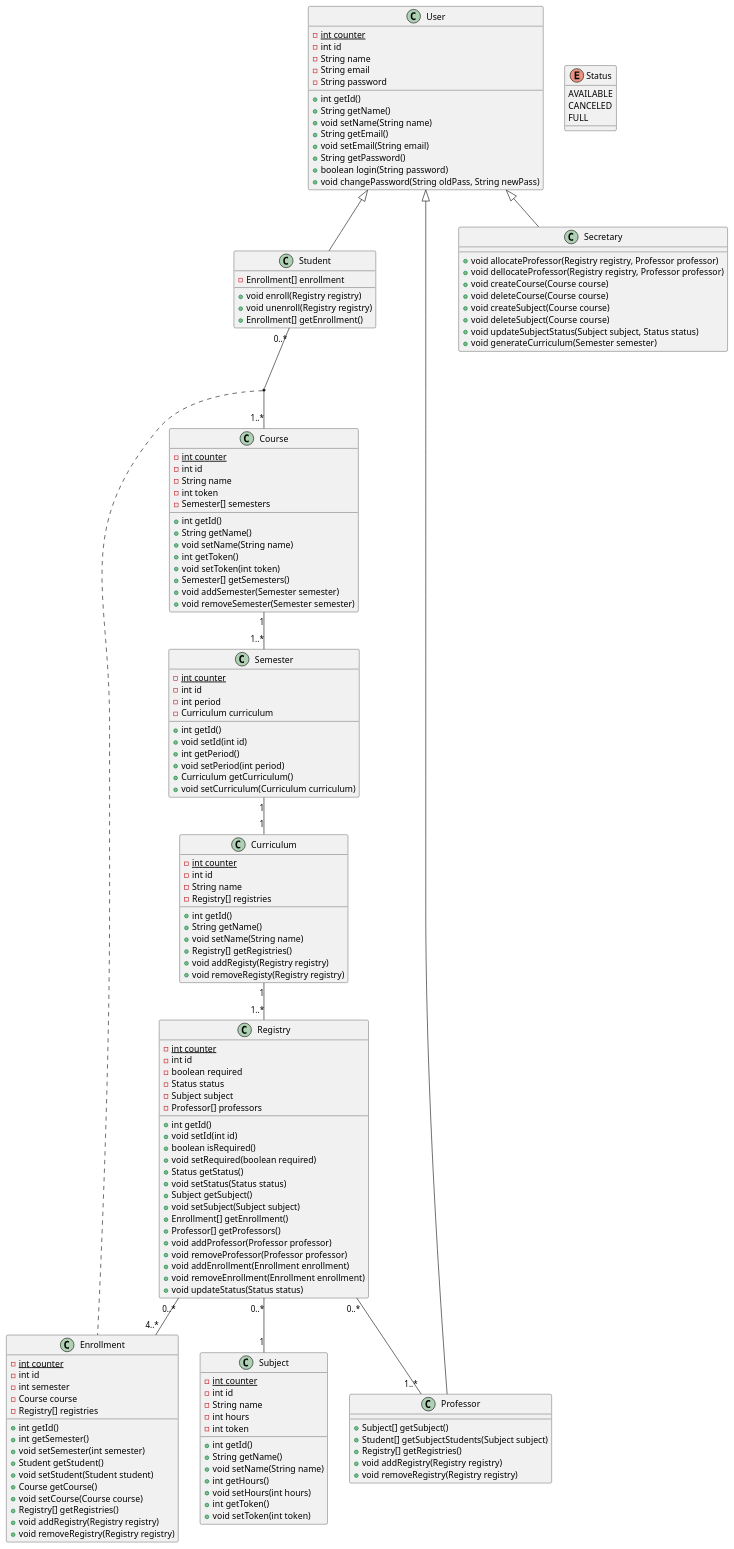
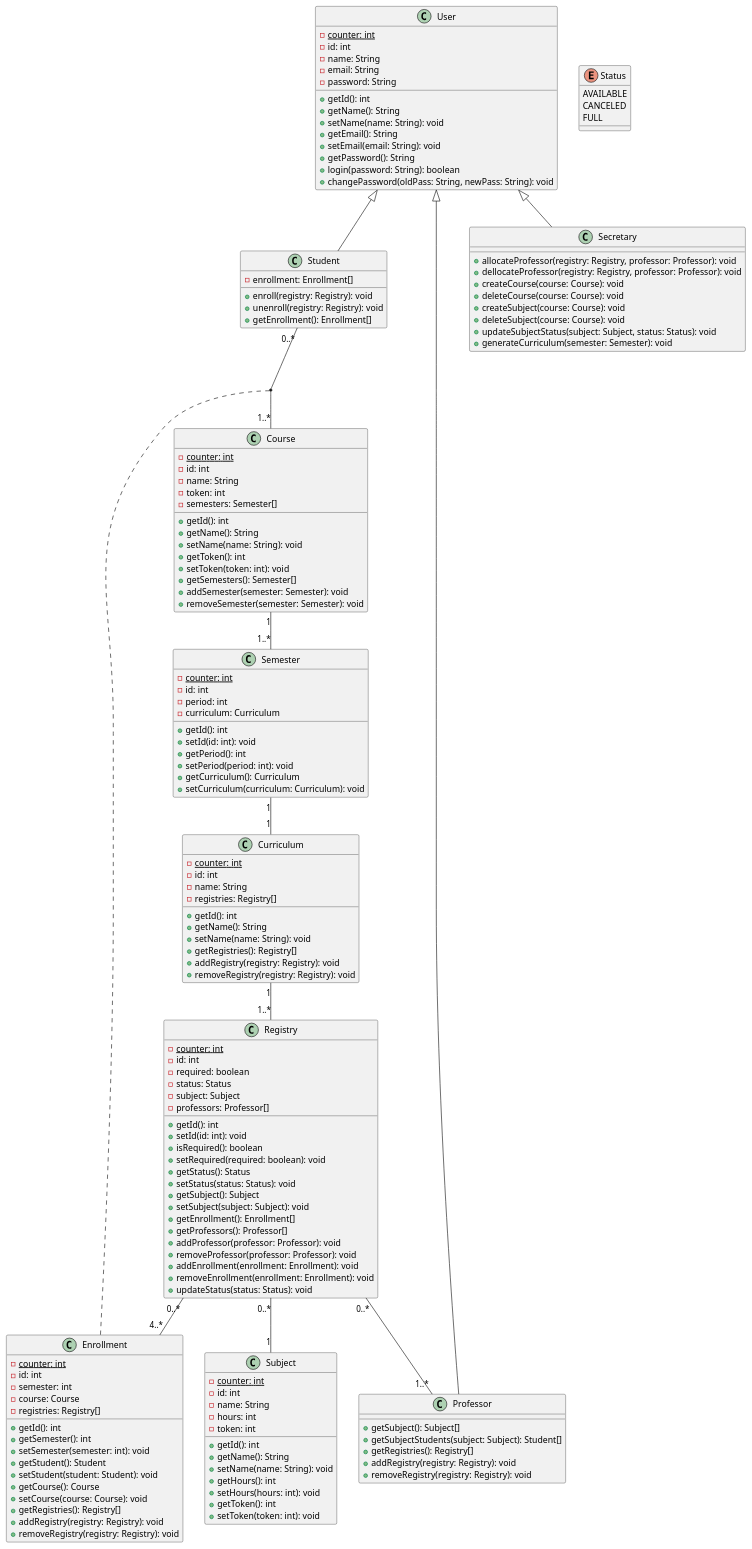
The diagram in projeto 1/project/classDiagram.plantuml (migueltico2/laboratorio-de-desenvolvimento-de-software), drawn with PlantUML before and after one commit. The commit also changed 9 other files, not shown here.

```diff
--- a/projeto 1/project/classDiagram.plantuml
+++ b/projeto 1/project/classDiagram.plantuml
@@ -1,154 +1,154 @@
 @startuml
 
 class User {
-    -{static} int counter
-    -int id
-    -String name
-    -String email
-    -String password
-    +int getId()
-    +String getName()
-    +void setName(String name)
-    +String getEmail()
-    +void setEmail(String email)
-    +String getPassword()
-    +boolean login(String password)
-    +void changePassword(String oldPass, String newPass)
+    -{static} counter: int
+    -id: int
+    -name: String
+    -email: String
+    -password: String
+    +getId(): int
+    +getName(): String
+    +setName(name: String): void
+    +getEmail(): String
+    +setEmail(email: String): void
+    +getPassword(): String
+    +login(password: String): boolean
+    +changePassword(oldPass: String, newPass: String): void
 }
 class Student {
-    -Enrollment[] enrollment
-    +void enroll(Registry registry)
-    +void unenroll(Registry registry)
-    +Enrollment[] getEnrollment()
+    -enrollment: Enrollment[]
+    +enroll(registry: Registry): void
+    +unenroll(registry: Registry): void
+    +getEnrollment(): Enrollment[]
 }
 class Professor {
-    +Subject[] getSubject()
-    +Student[] getSubjectStudents(Subject subject)
-    +Registry[] getRegistries()
-    +void addRegistry(Registry registry)
-    +void removeRegistry(Registry registry)
+    +getSubject(): Subject[]
+    +getSubjectStudents(subject: Subject): Student[]
+    +getRegistries(): Registry[]
+    +addRegistry(registry: Registry): void
+    +removeRegistry(registry: Registry): void
 }
 class Secretary {
-    +void allocateProfessor(Registry registry, Professor professor)
-    +void dellocateProfessor(Registry registry, Professor professor)
-    +void createCourse(Course course)
-    +void deleteCourse(Course course)
-    +void createSubject(Course course)
-    +void deleteSubject(Course course)
-    +void updateSubjectStatus(Subject subject, Status status)
-    +void generateCurriculum(Semester semester)
+    +allocateProfessor(registry: Registry, professor: Professor): void
+    +dellocateProfessor(registry: Registry, professor: Professor): void
+    +createCourse(course: Course): void
+    +deleteCourse(course: Course): void
+    +createSubject(course: Course): void
+    +deleteSubject(course: Course): void
+    +updateSubjectStatus(subject: Subject, status: Status): void
+    +generateCurriculum(semester: Semester): void
 }
 class Enrollment {
-    -{static} int counter
-    -int id
-    -int semester
-    -Course course
-    -Registry[] registries
-    +int getId()
-    +int getSemester()
-    +void setSemester(int semester)
-    +Student getStudent()
-    +void setStudent(Student student)
-    +Course getCourse()
-    +void setCourse(Course course)
-    +Registry[] getRegistries()
-    +void addRegistry(Registry registry)
-    +void removeRegistry(Registry registry)
+    -{static} counter: int
+    -id: int
+    -semester: int
+    -course: Course
+    -registries: Registry[]
+    +getId(): int
+    +getSemester(): int
+    +setSemester(semester: int): void
+    +getStudent(): Student
+    +setStudent(student: Student): void
+    +getCourse(): Course
+    +setCourse(course: Course): void
+    +getRegistries(): Registry[]
+    +addRegistry(registry: Registry): void
+    +removeRegistry(registry: Registry): void
 }
 class Course {
-    -{static} int counter
-    -int id
-    -String name
-    -int token
-    -Semester[] semesters
-    +int getId()
-    +String getName()
-    +void setName(String name)
-    +int getToken()
-    +void setToken(int token)
-    +Semester[] getSemesters()
-    +void addSemester(Semester semester)
-    +void removeSemester(Semester semester)
+    -{static} counter: int
+    -id: int
+    -name: String
+    -token: int
+    -semesters: Semester[]
+    +getId(): int
+    +getName(): String
+    +setName(name: String): void
+    +getToken(): int
+    +setToken(token: int): void
+    +getSemesters(): Semester[]
+    +addSemester(semester: Semester): void
+    +removeSemester(semester: Semester): void
 }
 class Semester {
-    -{static} int counter
-    -int id
-    -int period
-    -Curriculum curriculum
-    +int getId()
-    +void setId(int id)
-    +int getPeriod()
-    +void setPeriod(int period)
-    +Curriculum getCurriculum()
-    +void setCurriculum(Curriculum curriculum)
+    -{static} counter: int
+    -id: int
+    -period: int
+    -curriculum: Curriculum
+    +getId(): int
+    +setId(id: int): void
+    +getPeriod(): int
+    +setPeriod(period: int): void
+    +getCurriculum(): Curriculum
+    +setCurriculum(curriculum: Curriculum): void
 }
 class Curriculum {
-    -{static} int counter
-    -int id
-    -String name
-    -Registry[] registries
-    +int getId()
-    +String getName()
-    +void setName(String name)
-    +Registry[] getRegistries()
-    +void addRegisty(Registry registry)
-    +void removeRegisty(Registry registry)
+    -{static} counter: int
+    -id: int
+    -name: String
+    -registries: Registry[]
+    +getId(): int
+    +getName(): String
+    +setName(name: String): void
+    +getRegistries(): Registry[]
+    +addRegistry(registry: Registry): void
+    +removeRegistry(registry: Registry): void
 }
 class Subject {
-    -{static} int counter
-    -int id
-    -String name
-    -int hours
-    -int token
-    +int getId()
-    +String getName()
-    +void setName(String name)
-    +int getHours()
-    +void setHours(int hours)
-    +int getToken()
-    +void setToken(int token)
+    -{static} counter: int
+    -id: int
+    -name: String
+    -hours: int
+    -token: int
+    +getId(): int
+    +getName(): String
+    +setName(name: String): void
+    +getHours(): int
+    +setHours(hours: int): void
+    +getToken(): int
+    +setToken(token: int): void
 }
 class Registry {
-    -{static} int counter
-    -int id
-    -boolean required
-    -Status status
-    -Subject subject
-    -Professor[] professors
-    +int getId()
-    +void setId(int id)
-    +boolean isRequired()
-    +void setRequired(boolean required)
-    +Status getStatus()
-    +void setStatus(Status status)
-    +Subject getSubject()
-    +void setSubject(Subject subject)
-    +Enrollment[] getEnrollment()
-    +Professor[] getProfessors()
-    +void addProfessor(Professor professor)
-    +void removeProfessor(Professor professor)
-    +void addEnrollment(Enrollment enrollment)
-    +void removeEnrollment(Enrollment enrollment)
-    +void updateStatus(Status status)
+    -{static} counter: int
+    -id: int
+    -required: boolean
+    -status: Status
+    -subject: Subject
+    -professors: Professor[]
+    +getId(): int
+    +setId(id: int): void
+    +isRequired(): boolean
+    +setRequired(required: boolean): void
+    +getStatus(): Status
+    +setStatus(status: Status): void
+    +getSubject(): Subject
+    +setSubject(subject: Subject): void
+    +getEnrollment(): Enrollment[]
+    +getProfessors(): Professor[]
+    +addProfessor(professor: Professor): void
+    +removeProfessor(professor: Professor): void
+    +addEnrollment(enrollment: Enrollment): void
+    +removeEnrollment(enrollment: Enrollment): void
+    +updateStatus(status: Status): void
 }
 
 enum Status {
     AVAILABLE
     CANCELED
     FULL
 }
 
 User <|-- Student
 User <|-- Professor
 User <|-- Secretary
 
 Course "1" -- "1..*" Semester
 Semester "1" -- "1" Curriculum
 Curriculum "1" -- "1..*" Registry
 Registry "0..*" -- "1" Subject
 Student "0..*" -- "1..*" Course
 (Student, Course) . Enrollment
 Registry "0..*" -- "4..*" Enrollment
 Registry "0..*" -- "1..*" Professor
 
 @enduml
```
